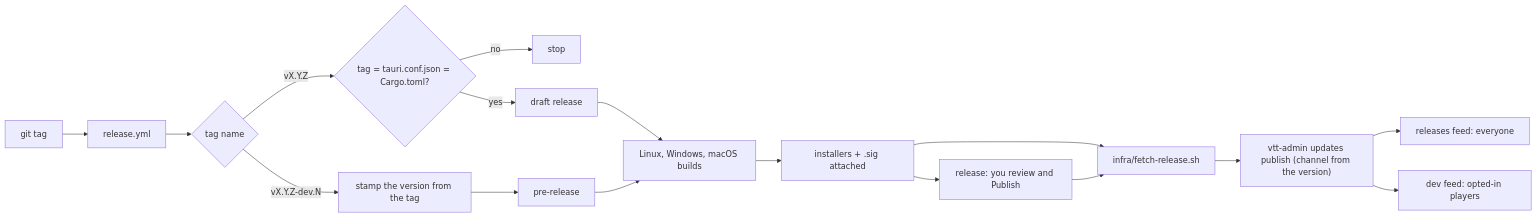
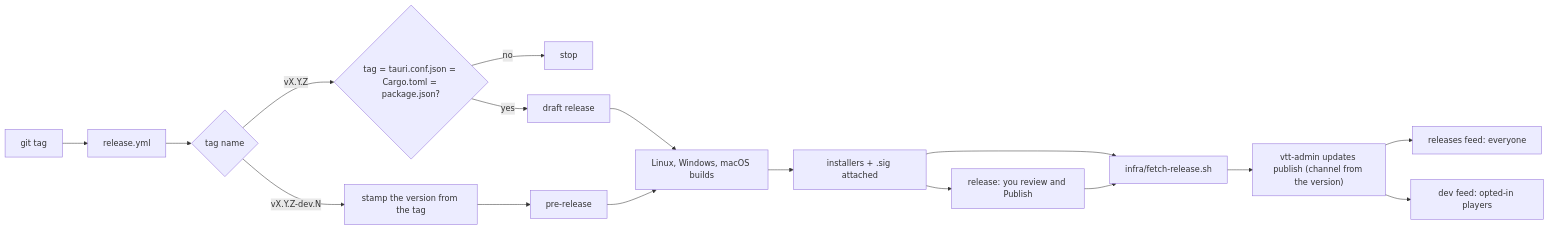
One commit to AndyProsser/vtt-chat-app changed the diagram in docs/guides/RELEASING.md. Above: the diagram before and after it, drawn with Mermaid. The commit also changed other lines of this file and 22 other files, not shown here.

````diff
--- a/docs/guides/RELEASING.md
+++ b/docs/guides/RELEASING.md
@@ -21,18 +21,18 @@
 ```mermaid
 flowchart LR
   T[git tag] --> W[release.yml]
   W --> K{tag name}
-  K -- "vX.Y.Z" --> V{tag = tauri.conf.json = Cargo.toml?}
+  K -- "vX.Y.Z" --> V{tag = tauri.conf.json = Cargo.toml = package.json?}
   V -- no --> X[stop]
   V -- yes --> D[draft release]
   K -- "vX.Y.Z-dev.N" --> S[stamp the version from the tag]
   S --> PR[pre-release]
   D & PR --> B[Linux, Windows, macOS builds]
   B --> A[installers + .sig attached]
   A --> O[release: you review and Publish]
   A --> F[infra/fetch-release.sh]
   O --> F
   F --> P["vtt-admin updates publish (channel from the version)"]
   P --> R[releases feed: everyone]
   P --> Dv[dev feed: opted-in players]
 ```
````
